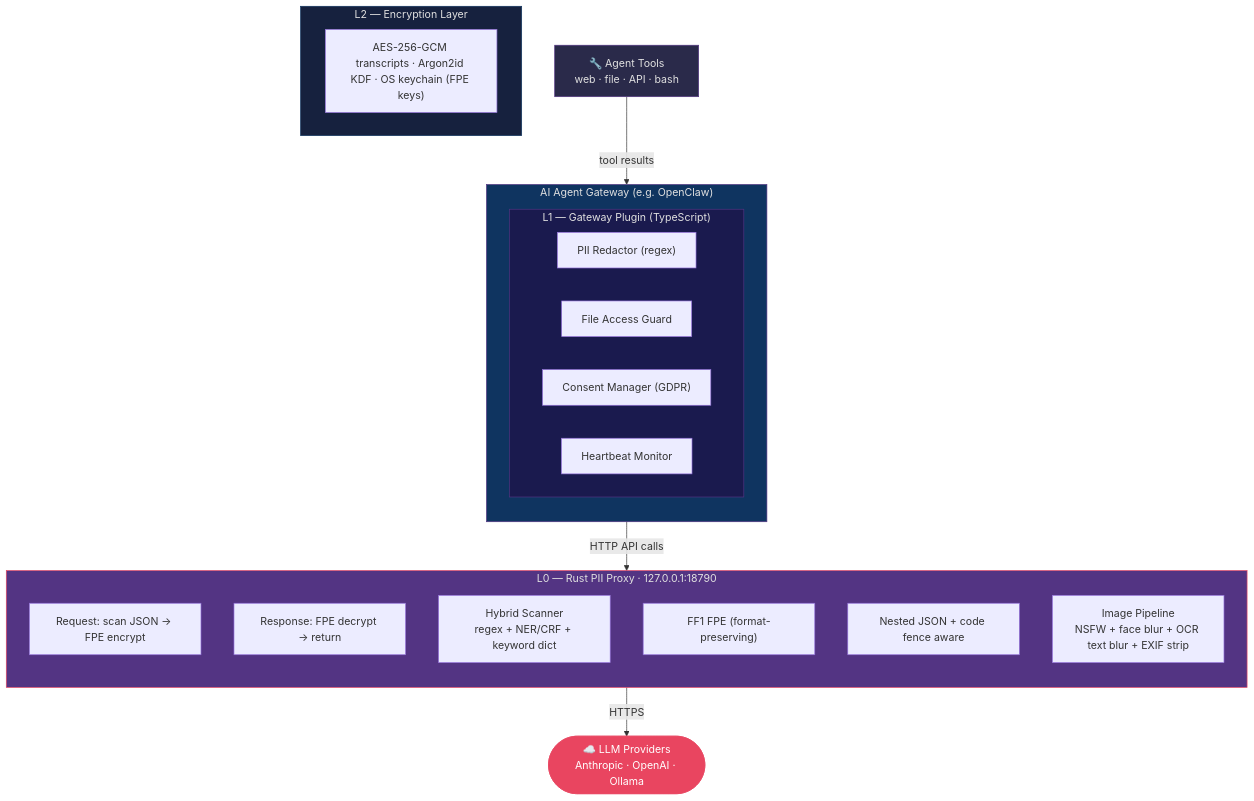
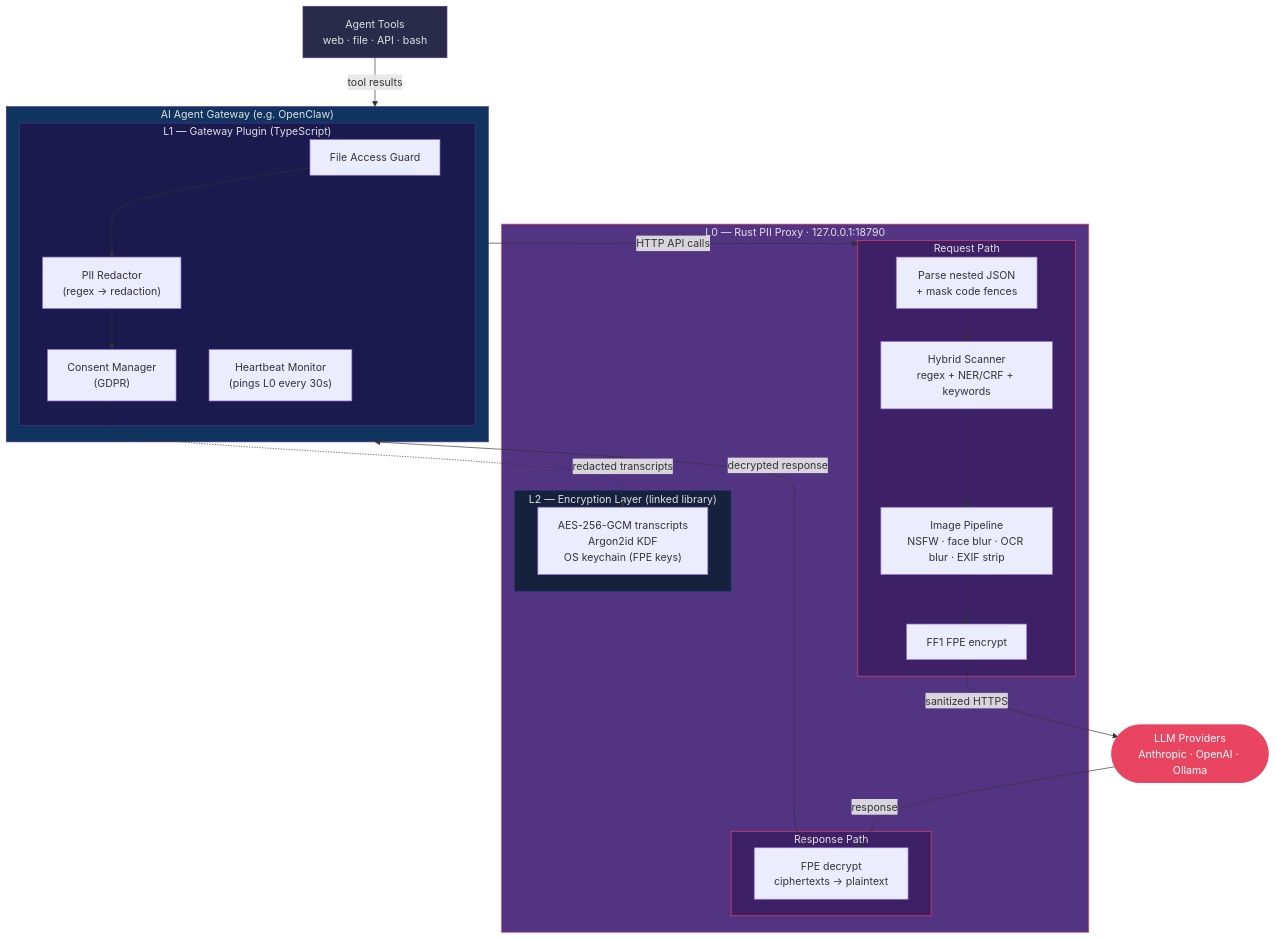
Before and after one commit to OpenObscure/OpenObscure: the fourth of 15 diagrams in ARCHITECTURE.md, drawn with Mermaid. The commit also changed other lines of this file and 1 other file, not shown here.

First line of the commit message:
Fix 20 Mermaid diagrams: clarity, accuracy, consistency

````diff
--- a/ARCHITECTURE.md
+++ b/ARCHITECTURE.md
@@ -129,41 +137,44 @@
 ```mermaid
 flowchart TB
-    tools["🔧 Agent Tools\nweb · file · API · bash"]
+    tools["Agent Tools\nweb · file · API · bash"]
 
     subgraph gateway ["AI Agent Gateway (e.g. OpenClaw)"]
-        direction TB
         subgraph l1box ["L1 — Gateway Plugin (TypeScript)"]
-            redact["PII Redactor (regex)"]
-            guard["File Access Guard"]
-            consent["Consent Manager (GDPR)"]
-            heartbeat["Heartbeat Monitor"]
+            guard["File Access Guard"] --> redact["PII Redactor\n(regex → redaction)"]
+            redact --> consent["Consent Manager\n(GDPR)"]
+            heartbeat["Heartbeat Monitor\n(pings L0 every 30s)"]
         end
     end
 
     subgraph l0box ["L0 — Rust PII Proxy · 127.0.0.1:18790"]
-        direction TB
-        req["Request: scan JSON → FPE encrypt"]
-        res["Response: FPE decrypt → return"]
-        hybrid["Hybrid Scanner\nregex + NER/CRF + keyword dict"]
-        ff1["FF1 FPE (format-preserving)"]
-        nested["Nested JSON + code fence aware"]
-        imgpipe["Image Pipeline\nNSFW + face blur + OCR text blur + EXIF strip"]
+        subgraph reqpath ["Request Path"]
+            nested["Parse nested JSON\n+ mask code fences"] --> hybrid["Hybrid Scanner\nregex + NER/CRF + keywords"]
+            hybrid --> imgpipe["Image Pipeline\nNSFW · face blur · OCR blur · EXIF strip"]
+            imgpipe --> ff1["FF1 FPE encrypt"]
+        end
+        subgraph respath ["Response Path"]
+            decrypt["FPE decrypt\nciphertexts → plaintext"]
+        end
+        subgraph l2box ["L2 — Encryption Layer (linked library)"]
+            crypto["AES-256-GCM transcripts\nArgon2id KDF\nOS keychain (FPE keys)"]
+        end
     end
 
-    llm(["☁️ LLM Providers\nAnthropic · OpenAI · Ollama"])
-
-    subgraph l2box ["L2 — Encryption Layer"]
-        crypto["AES-256-GCM transcripts · Argon2id KDF · OS keychain (FPE keys)"]
-    end
+    llm(["LLM Providers\nAnthropic · OpenAI · Ollama"])
 
     tools -- "tool results" --> gateway
-    gateway -- "HTTP API calls" --> l0box
-    l0box -- "HTTPS" --> llm
+    gateway -- "HTTP API calls" --> reqpath
+    ff1 -- "sanitized HTTPS" --> llm
+    llm -- "response" --> decrypt
+    decrypt -- "decrypted response" --> gateway
+    consent -. "redacted transcripts" .-> crypto
 
     style gateway fill:#0f3460,stroke:#533483,color:#e0e0e0
     style l1box fill:#1a1a4e,stroke:#533483,color:#e0e0e0
     style l0box fill:#533483,stroke:#e94560,color:#e0e0e0
+    style reqpath fill:#3d2066,stroke:#e94560,color:#e0e0e0
+    style respath fill:#3d2066,stroke:#e94560,color:#e0e0e0
     style l2box fill:#16213e,stroke:#0f3460,color:#e0e0e0
     style llm fill:#e94560,stroke:#e94560,color:#fff
     style tools fill:#2a2a4a,stroke:#533483,color:#e0e0e0
 ```
````
